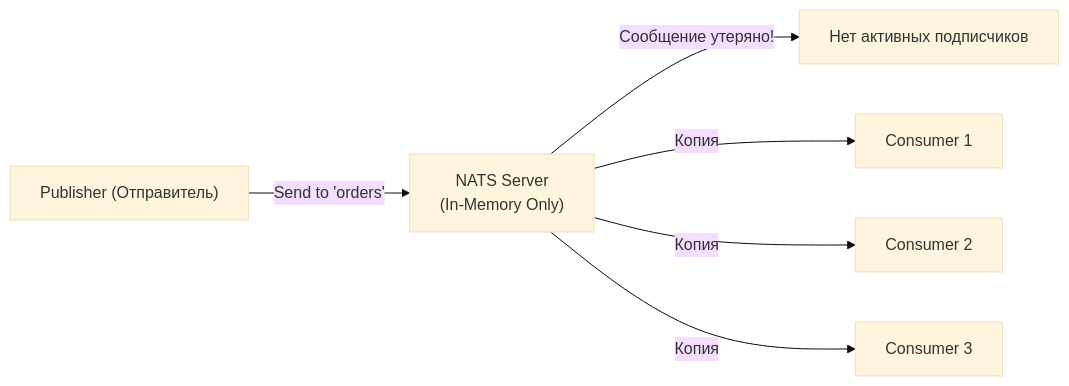
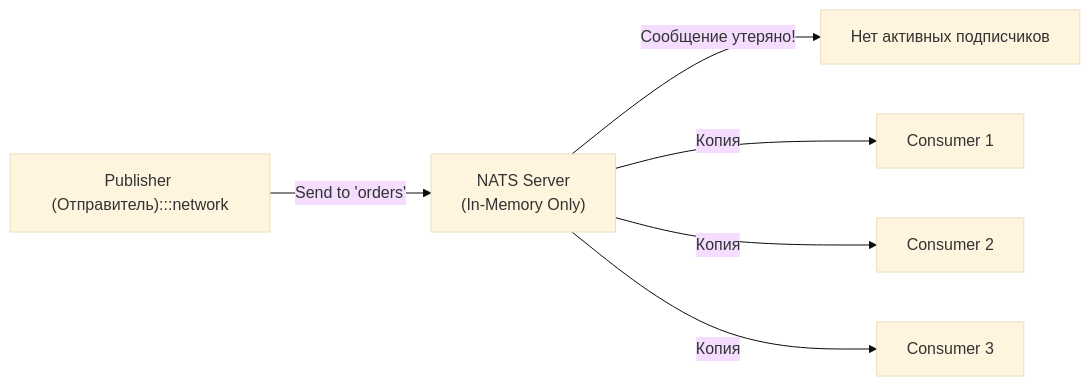
The first of 2 diagrams in sources/13. Очереди, брокеры сообщений и оркестраторы/04. NATS/2. Core NATS vs JetStream.md (UnrealTemplier/go-textbook), drawn with Mermaid (base theme) before and after one commit. The commit also changed other lines of this file and 1666 other files, not shown here.

First line of the commit message:
feat(mermaid): add semantic color classDef to 1369 colorless flowchart/graph diagrams

````diff
--- a/sources/13. Очереди, брокеры сообщений и оркестраторы/04. NATS/2. Core NATS vs JetStream.md
+++ b/sources/13. Очереди, брокеры сообщений и оркестраторы/04. NATS/2. Core NATS vs JetStream.md
@@ -39,8 +39,18 @@
 ```mermaid
 flowchart LR
-    P["Publisher (Отправитель)"] -->|"Send to 'orders'"| S["NATS Server<br>(In-Memory Only)"]
+    classDef process  fill:#1e293b,stroke:#38bdf8,stroke-width:1px,color:#f8fafc
+    classDef success  fill:#064e3b,stroke:#34d399,stroke-width:1px,color:#f8fafc
+    classDef error    fill:#7f1d1d,stroke:#f87171,stroke-width:1px,color:#f8fafc
+    classDef warning  fill:#78350f,stroke:#fbbf24,stroke-width:1px,color:#f8fafc
+    classDef entry    fill:#1e3a5f,stroke:#38bdf8,stroke-width:2px,color:#f8fafc
+    classDef aux      fill:#334155,stroke:#64748b,stroke-width:1px,color:#f8fafc
+    classDef system   fill:#312e81,stroke:#a78bfa,stroke-width:1px,color:#f8fafc
+    classDef data     fill:#132d29,stroke:#2dd4bf,stroke-width:1px,color:#f8fafc
+    classDef network  fill:#881337,stroke:#fb7185,stroke-width:1px,color:#f8fafc
+    classDef accent   fill:#1e1b4b,stroke:#818cf8,stroke-width:1px,color:#f8fafc
+    P["Publisher (Отправитель):::network"] -->|"Send to 'orders'"| S["NATS Server<br>(In-Memory Only)"]
     S -->|"Сообщение утеряно!"| X["Нет активных подписчиков"]
     S -->|"Копия"| C1["Consumer 1"]
     S -->|"Копия"| C2["Consumer 2"]
     S -->|"Копия"| C3["Consumer 3"]
 ```
````
